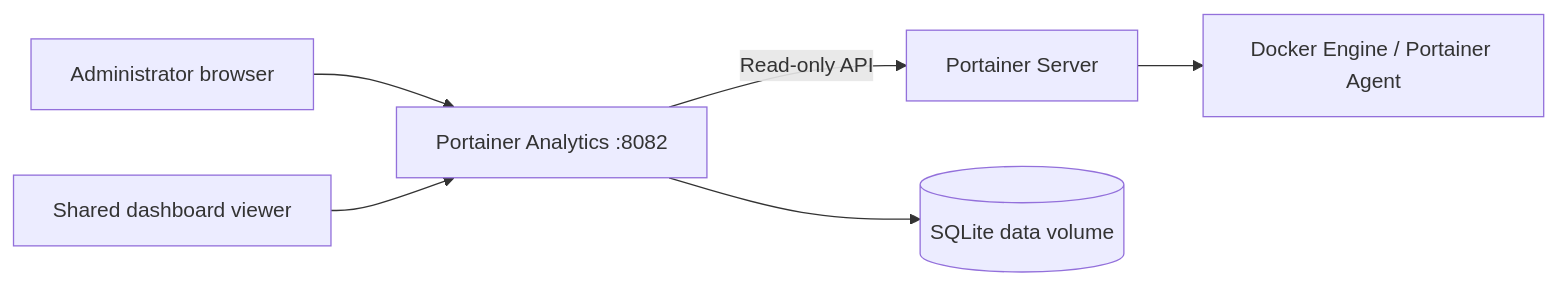
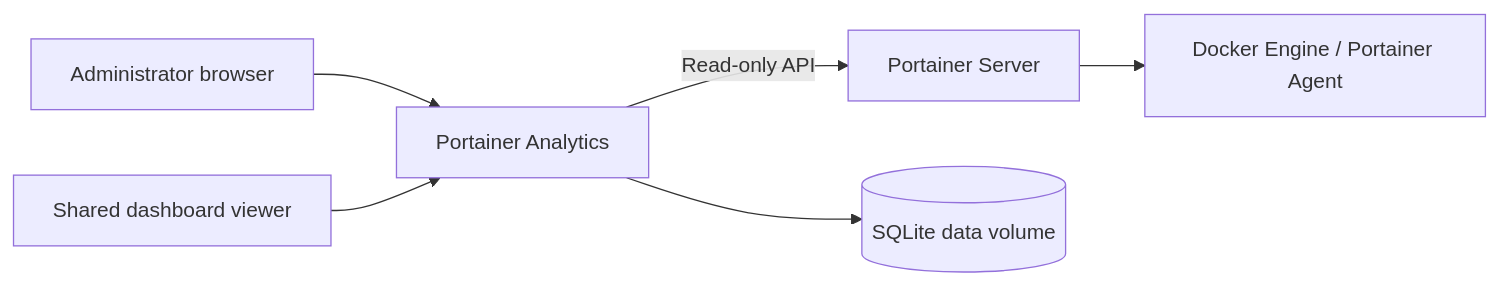
Before and after one commit to pablonietopareja/portainer-analytics: the diagram in README.md, drawn with Mermaid. The commit also changed other lines of this file and 38 other files, not shown here.

Commit message:
release: prepare Portainer Analytics 1.0.0

````diff
--- a/README.md
+++ b/README.md
@@ -49,8 +43,8 @@
 ```mermaid
 flowchart LR
-    A[Administrator browser] --> C[Portainer Analytics :8082]
+    A[Administrator browser] --> C[Portainer Analytics]
     V[Shared dashboard viewer] --> C
     C -->|Read-only API| P[Portainer Server]
     P --> E[Docker Engine / Portainer Agent]
     C --> D[(SQLite data volume)]
 ```
````
